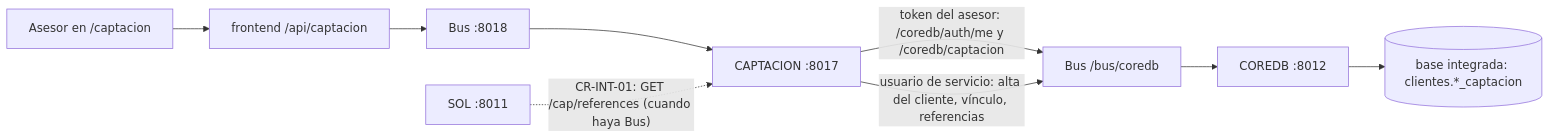
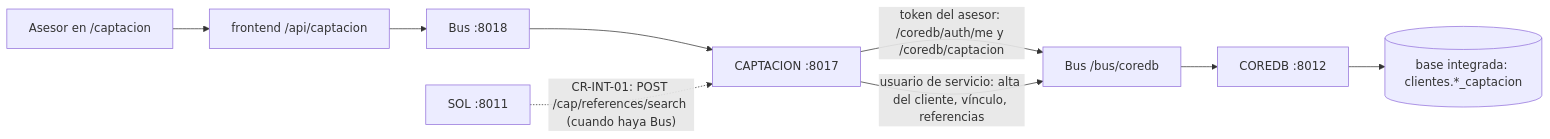
Before and after one commit to SantiagoCusirramos/Banco_Nacional_Arequipa: the diagram in backend/CAPTACION/README.md, drawn with Mermaid. The commit also changed other lines of this file and 23 other files, not shown here.

````diff
--- a/backend/CAPTACION/README.md
+++ b/backend/CAPTACION/README.md
@@ -24,9 +24,9 @@
 ```mermaid
 flowchart LR
   ase["Asesor en /captacion"] --> fe["frontend /api/captacion"] --> bus1["Bus :8018"] --> cap["CAPTACION :8017"]
   cap -->|"token del asesor: /coredb/auth/me y /coredb/captacion"| bus["Bus /bus/coredb"]
   cap -->|"usuario de servicio: alta del cliente, vínculo, referencias"| bus
   bus --> coredb["COREDB :8012"]
   coredb --> db[("base integrada: clientes.*_captacion")]
-  sol["SOL :8011"] -.->|"CR-INT-01: GET /cap/references (cuando haya Bus)"| cap
+  sol["SOL :8011"] -.->|"CR-INT-01: POST /cap/references/search (cuando haya Bus)"| cap
 ```
````
